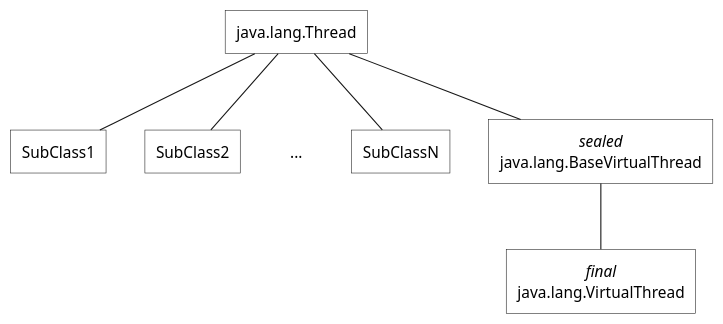
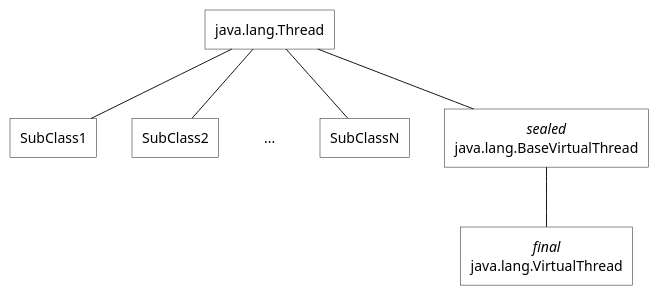
Before and after one commit to ti-cortex-m4/demo-java-virtual-threads2: the diagram in images/thread_class_diagram.puml, drawn with PlantUML. The commit also changed 1 other file, not shown here.

```diff
--- a/images/thread_class_diagram.puml
+++ b/images/thread_class_diagram.puml
@@ -1,36 +1,36 @@
 @startuml
 
-scale 1.1
+scale 1.0
 
 <style>
     card {
         LineColor transparent
     }
 }
 </style>
 
 skinparam {
     defaultTextAlignment center
     roundCorner 0
     CardBackgroundColor transparent
     RectangleBackgroundColor transparent
     RectangleFontName Source Sans Pro
     RectangleFontStyle normal
 }
 
 rectangle "java.lang.Thread" as Thread
 rectangle SubClass1
 rectangle SubClass2
 card "..." as SubClass3
 rectangle SubClassN
 rectangle "<i>sealed</i>\njava.lang.BaseVirtualThread" as BaseVirtualThread
 rectangle "<i>final</i>\njava.lang.VirtualThread" as VirtualThread
 
 Thread -down- SubClass1
 Thread -down- SubClass2
 Thread -down[hidden]- SubClass3
 Thread -down- SubClassN
 Thread -down- BaseVirtualThread
 BaseVirtualThread -down- VirtualThread
 
 @enduml
```
